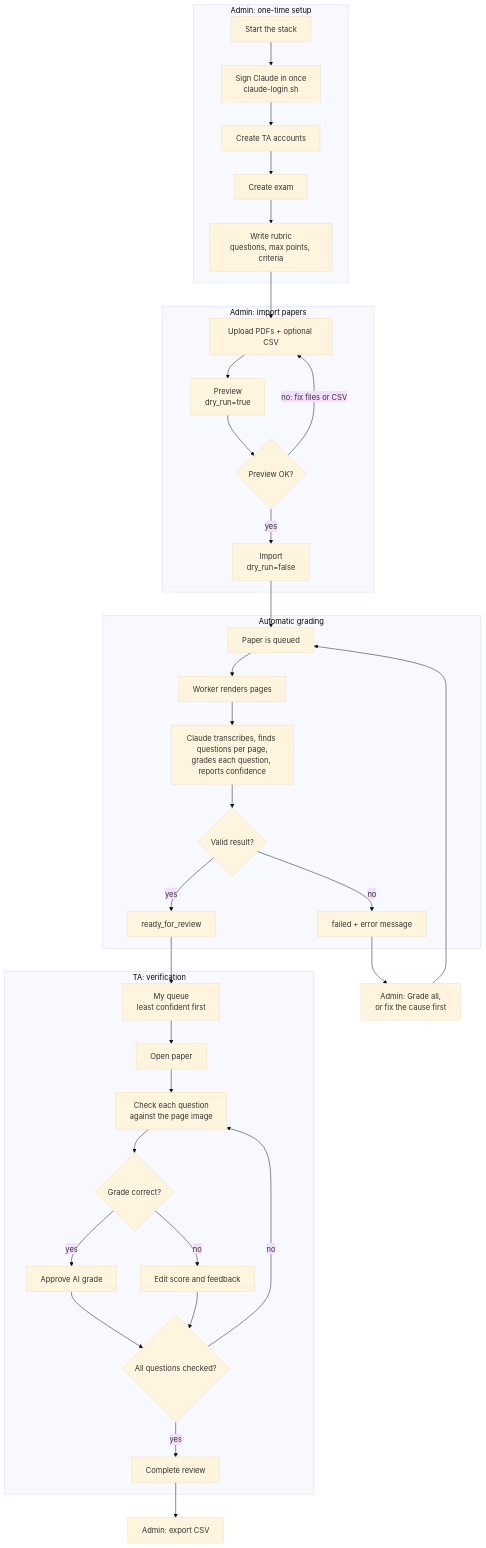
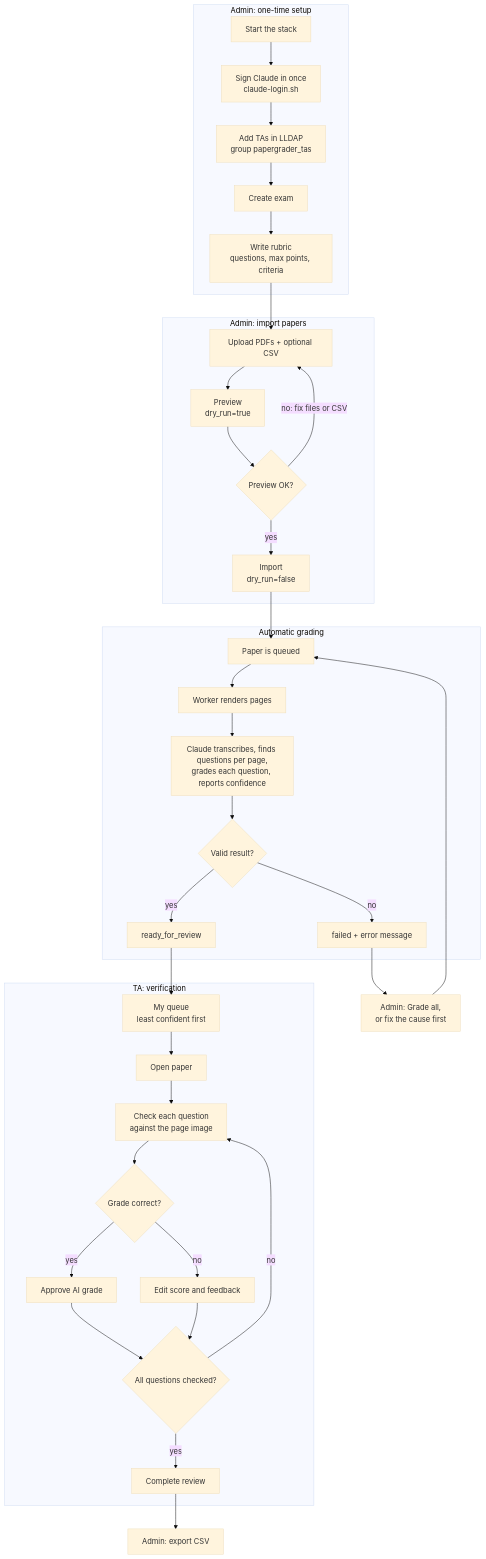
Before and after one commit to achintya-labs/AIPaperCorrection: the first of 14 diagrams in docs/workflows.md, drawn with Mermaid (base theme). The commit also changed other lines of this file and 38 other files, not shown here.

````diff
--- a/docs/workflows.md
+++ b/docs/workflows.md
@@ -21,43 +24,43 @@
 ```mermaid
 flowchart TD
     subgraph setup["Admin: one-time setup"]
         A1["Start the stack"] --> A2["Sign Claude in once<br/>claude-login.sh"]
-        A2 --> A3["Create TA accounts"]
+        A2 --> A3["Add TAs in LLDAP<br/>group papergrader_tas"]
         A3 --> A4["Create exam"]
         A4 --> A5["Write rubric<br/>questions, max points, criteria"]
     end
 
     subgraph imp["Admin: import papers"]
         B1["Upload PDFs + optional CSV"] --> B2["Preview<br/>dry_run=true"]
         B2 --> B3{"Preview OK?"}
         B3 -- "no: fix files or CSV" --> B1
         B3 -- yes --> B4["Import<br/>dry_run=false"]
     end
 
     subgraph auto["Automatic grading"]
         C1["Paper is queued"] --> C2["Worker renders pages"]
         C2 --> C3["Claude transcribes, finds questions per page,<br/>grades each question, reports confidence"]
         C3 --> C4{"Valid result?"}
         C4 -- yes --> C5["ready_for_review"]
         C4 -- no --> C6["failed + error message"]
     end
 
     subgraph rev["TA: verification"]
         D1["My queue<br/>least confident first"] --> D2["Open paper"]
         D2 --> D3["Check each question<br/>against the page image"]
         D3 --> D4{"Grade correct?"}
         D4 -- yes --> D5["Approve AI grade"]
         D4 -- no --> D6["Edit score and feedback"]
         D5 --> D7{"All questions checked?"}
         D6 --> D7
         D7 -- no --> D3
         D7 -- yes --> D8["Complete review"]
     end
 
     A5 --> B1
     B4 --> C1
     C5 --> D1
     C6 --> E1["Admin: Grade all,<br/>or fix the cause first"]
     E1 --> C1
     D8 --> F1["Admin: export CSV"]
 ```
````
